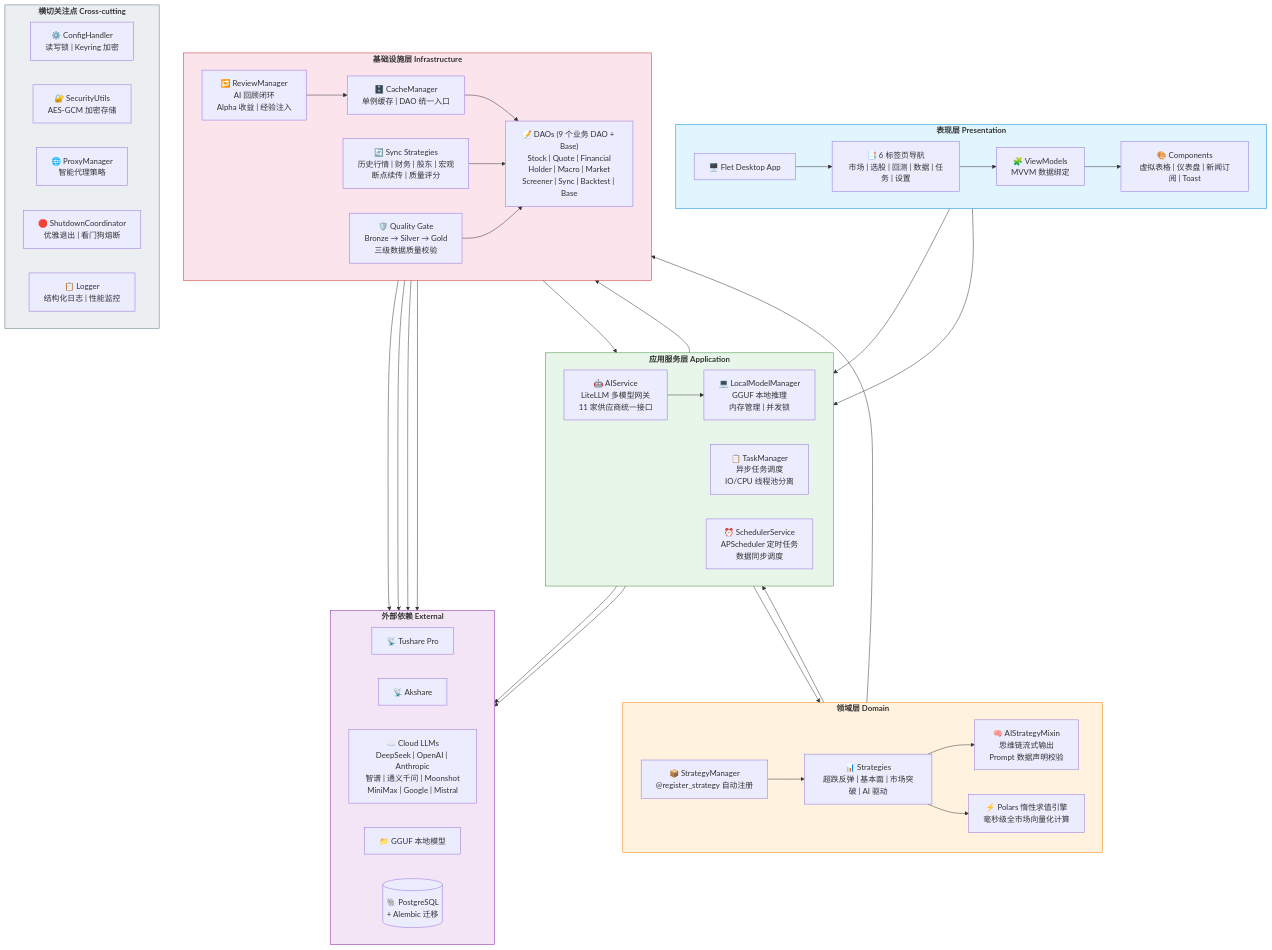
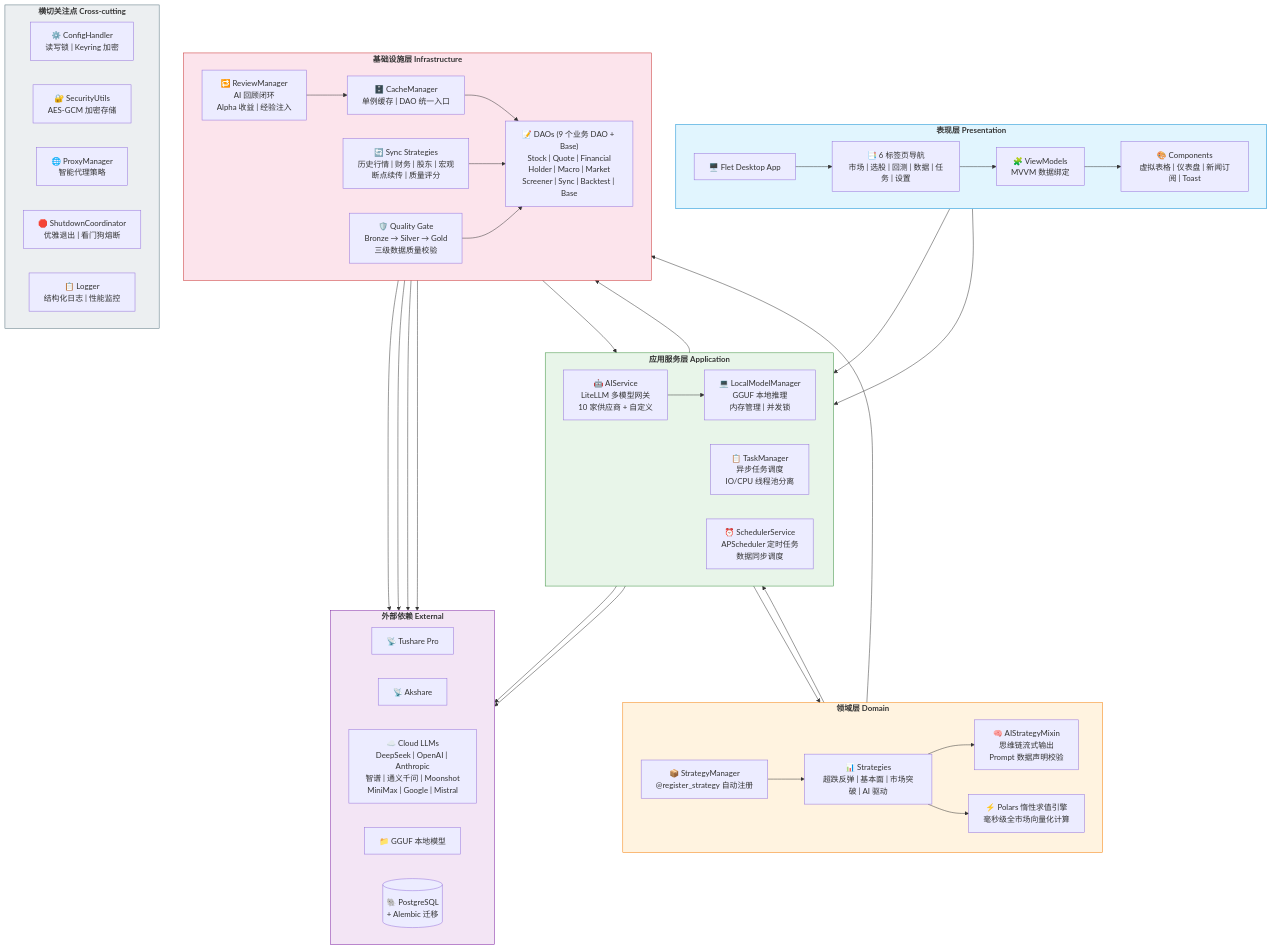
The diagram in README.md (shi00/qTrading), drawn with Mermaid before and after one commit. The commit also changed other lines of this file and 5 other files, not shown here.

````diff
--- a/README.md
+++ b/README.md
@@ -294,81 +294,81 @@
 ```mermaid
 graph TB
     subgraph PRESENTATION["<b>表现层 Presentation</b>"]
         direction LR
         APP["🖥️ Flet Desktop App"]
         TABS["📑 6 标签页导航<br/>市场 | 选股 | 回测 | 数据 | 任务 | 设置"]
         VM["🧩 ViewModels<br/>MVVM 数据绑定"]
         COMP["🎨 Components<br/>虚拟表格 | 仪表盘 | 新闻订阅 | Toast"]
         APP --> TABS --> VM --> COMP
     end
 
     subgraph APPLICATION["<b>应用服务层 Application</b>"]
         direction LR
-        AI["🤖 AIService<br/>LiteLLM 多模型网关<br/>11 家供应商统一接口"]
+        AI["🤖 AIService<br/>LiteLLM 多模型网关<br/>10 家供应商 + 自定义"]
         TASK["📋 TaskManager<br/>异步任务调度<br/>IO/CPU 线程池分离"]
         LOCAL["💻 LocalModelManager<br/>GGUF 本地推理<br/>内存管理 | 并发锁"]
         SCHED["⏰ SchedulerService<br/>APScheduler 定时任务<br/>数据同步调度"]
     end
 
     subgraph DOMAIN["<b>领域层 Domain</b>"]
         direction LR
         REG["📦 StrategyManager<br/>@register_strategy 自动注册"]
         STG["📊 Strategies<br/>超跌反弹 | 基本面 | 市场突破 | AI 驱动"]
         MIX["🧠 AIStrategyMixin<br/>思维链流式输出<br/>Prompt 数据声明校验"]
         POLARS["⚡ Polars 惰性求值引擎<br/>毫秒级全市场向量化计算"]
         REG --> STG --> MIX
         STG --> POLARS
     end
 
     subgraph INFRA["<b>基础设施层 Infrastructure</b>"]
         direction LR
         CACHE["🗄️ CacheManager<br/>单例缓存 | DAO 统一入口"]
         DAOS["📝 DAOs (9 个业务 DAO + Base)<br/>Stock | Quote | Financial<br/>Holder | Macro | Market<br/>Screener | Sync | Backtest | Base"]
         SYNC["🔄 Sync Strategies<br/>历史行情 | 财务 | 股东 | 宏观<br/>断点续传 | 质量评分"]
         QUALITY["🛡️ Quality Gate<br/>Bronze → Silver → Gold<br/>三级数据质量校验"]
         REVIEW["🔁 ReviewManager<br/>AI 回顾闭环<br/>Alpha 收益 | 经验注入"]
         CACHE --> DAOS
         SYNC --> DAOS
         QUALITY --> DAOS
         REVIEW --> CACHE
     end
 
     subgraph EXTERNAL["<b>外部依赖 External</b>"]
         direction LR
         TUSHARE["📡 Tushare Pro"]
         AKSHARE["📡 Akshare"]
         CLOUD_LLM["☁️ Cloud LLMs<br/>DeepSeek | OpenAI | Anthropic<br/>智谱 | 通义千问 | Moonshot<br/>MiniMax | Google | Mistral"]
         GGUF["📁 GGUF 本地模型"]
         PG[("🐘 PostgreSQL<br/>+ Alembic 迁移")]
     end
 
     subgraph CROSS["<b>横切关注点 Cross-cutting</b>"]
         direction LR
         CONFIG["⚙️ ConfigHandler<br/>读写锁 | Keyring 加密"]
         SECURITY["🔐 SecurityUtils<br/>AES-GCM 加密存储"]
         PROXY["🌐 ProxyManager<br/>智能代理策略"]
         SHUTDOWN["🛑 ShutdownCoordinator<br/>优雅退出 | 看门狗熔断"]
         LOG["📋 Logger<br/>结构化日志 | 性能监控"]
     end
 
     VM --> AI
     VM --> TASK
     TASK --> STG
     MIX --> AI
     AI --> CLOUD_LLM
     AI --> LOCAL --> GGUF
     STG --> CACHE
     DAOS --> PG
     SYNC --> TUSHARE
     SYNC --> AKSHARE
     SCHED --> SYNC
     REVIEW --> AI
     REVIEW --> PG
 
     style PRESENTATION fill:#e1f5fe,stroke:#0288d1
     style APPLICATION fill:#e8f5e9,stroke:#388e3c
     style DOMAIN fill:#fff3e0,stroke:#f57c00
     style INFRA fill:#fce4ec,stroke:#c62828
     style EXTERNAL fill:#f3e5f5,stroke:#7b1fa2
     style CROSS fill:#eceff1,stroke:#546e7a
 ```
````
